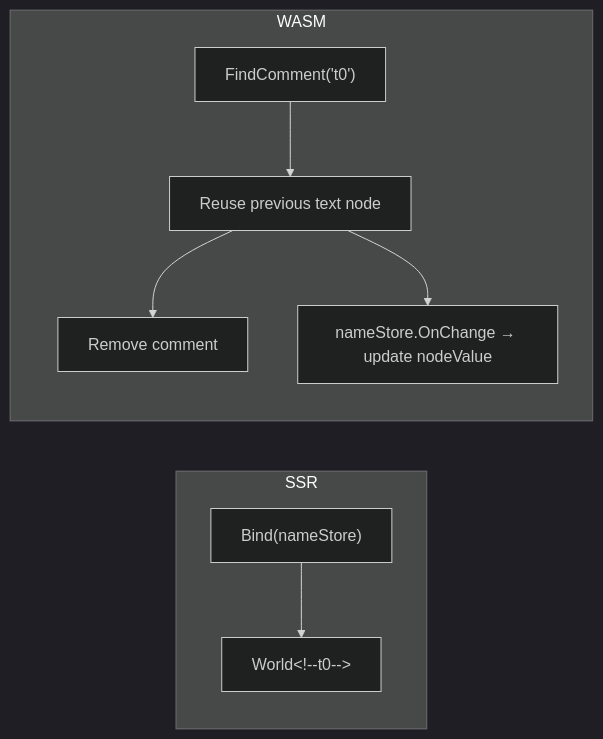
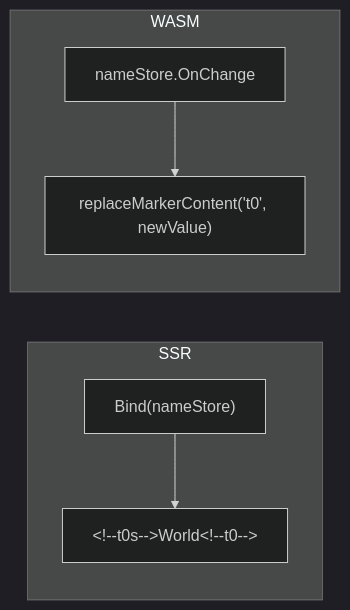
One commit to tbocek/preveltekit changed the third of 12 diagrams in new/ARCHITECTURE.md. Above: the diagram before and after it, drawn with Mermaid (dark theme). The commit also changed other lines of this file and 4 other files, not shown here.

````diff
--- a/new/ARCHITECTURE.md
+++ b/new/ARCHITECTURE.md
@@ -253,11 +253,9 @@
 ```mermaid
 graph LR
     subgraph SSR
-        A["Bind(nameStore)"] --> B["World&lt;!--t0--&gt;"]
+        A["Bind(nameStore)"] --> B["&lt;!--t0s--&gt;World&lt;!--t0--&gt;"]
     end
     subgraph WASM
-        C["FindComment('t0')"] --> D["Reuse previous text node"]
-        D --> E["Remove comment"]
-        D --> F["nameStore.OnChange → update nodeValue"]
+        C["nameStore.OnChange"] --> D["replaceMarkerContent('t0', newValue)"]
     end
 ```
````
